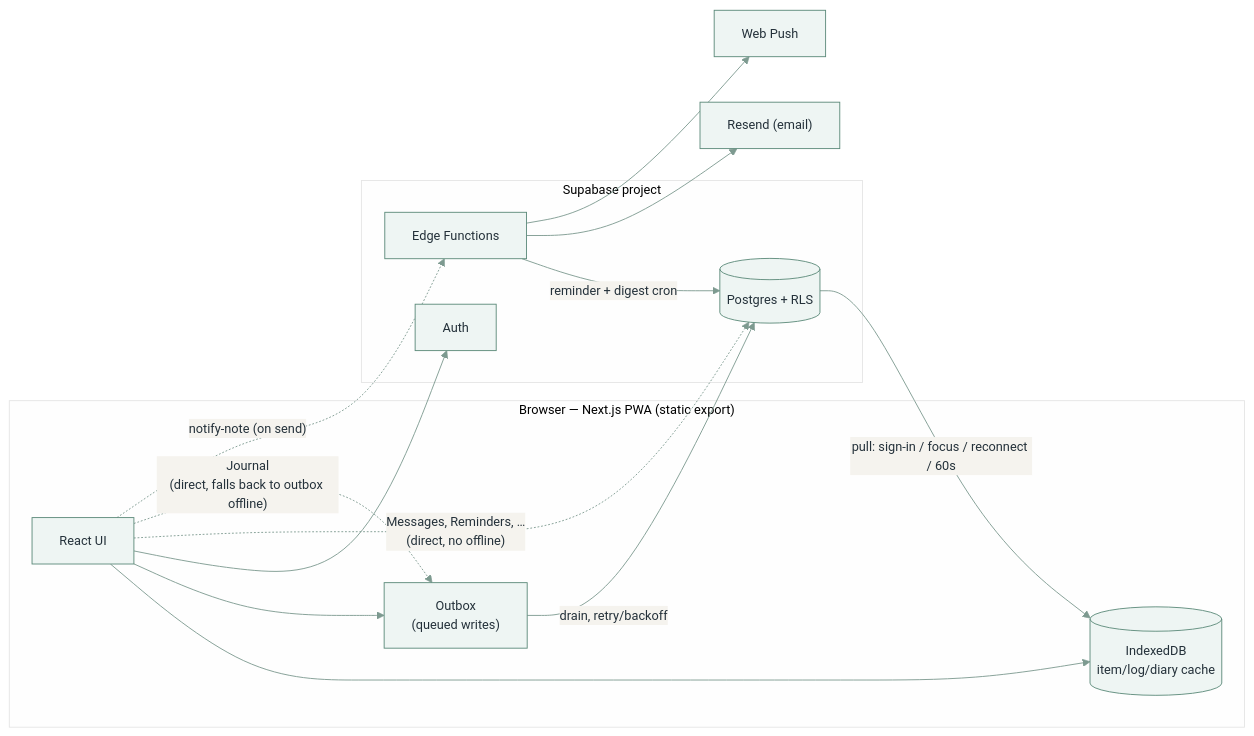
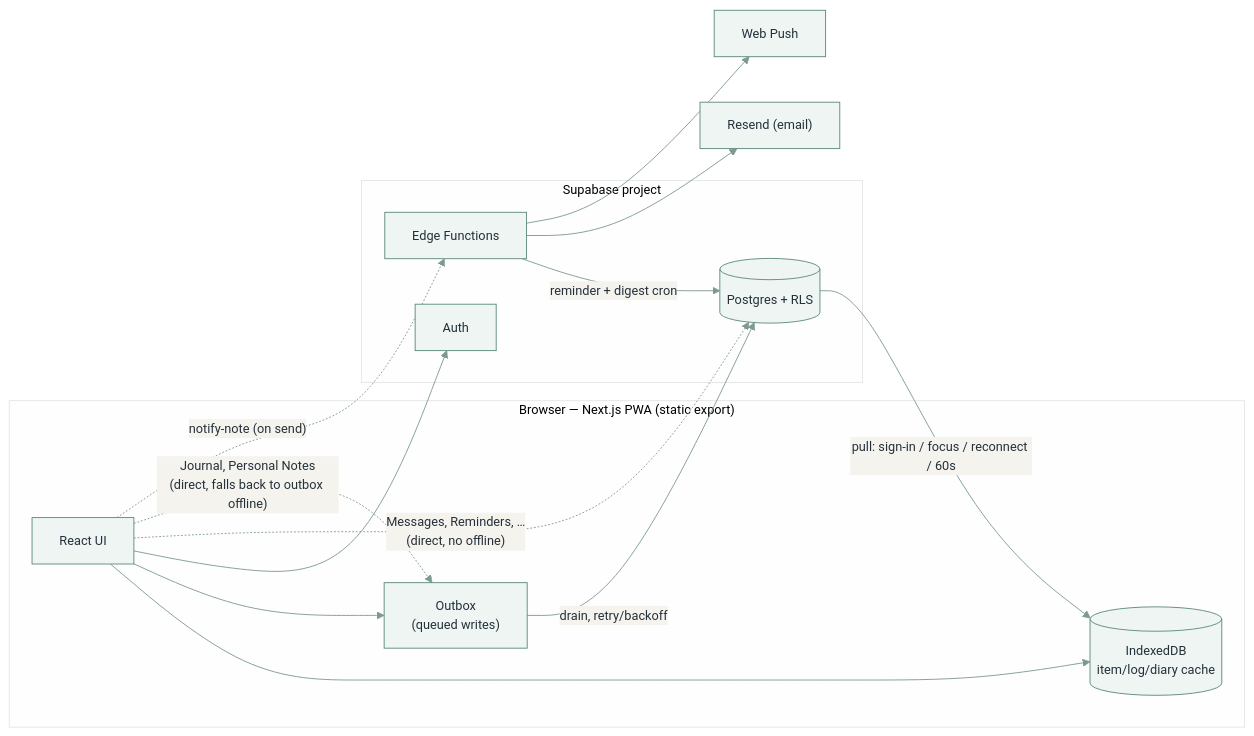
One commit to xxvazquez/health-management changed the diagram in README.md. Above: the diagram before and after it, drawn with Mermaid. The commit also changed other lines of this file and 3 other files, not shown here.

First line of the commit message:
Give Personal Notes the same offline fallback as Journal

````diff
--- a/README.md
+++ b/README.md
@@ -103,29 +103,29 @@
 ```mermaid
 %%{init: {"theme": "base", "themeVariables": {
   "primaryColor": "#eef5f3", "primaryBorderColor": "#5c8a7a",
   "primaryTextColor": "#24313a", "lineColor": "#7d9a90",
   "fontFamily": "Inter, -apple-system, sans-serif", "fontSize": "14px"
 }}}%%
 flowchart LR
     subgraph browser["Browser — Next.js PWA (static export)"]
         ui["React UI"]
         idb[("IndexedDB<br/>item/log/diary cache")]
         outbox["Outbox<br/>(queued writes)"]
         ui --> idb
         ui --> outbox
     end
     subgraph supa["Supabase project"]
         pg[("Postgres + RLS")]
         auth["Auth"]
         ef["Edge Functions"]
     end
     outbox -->|"drain, retry/backoff"| pg
     pg -->|"pull: sign-in / focus / reconnect / 60s"| idb
     ui --> auth
     ui -.->|"Messages, Reminders, …<br/>(direct, no offline)"| pg
-    ui -.->|"Journal<br/>(direct, falls back to outbox offline)"| outbox
+    ui -.->|"Journal, Personal Notes<br/>(direct, falls back to outbox offline)"| outbox
     ui -.->|"notify-note (on send)"| ef
     ef -->|"reminder + digest cron"| pg
     ef --> resend["Resend (email)"]
     ef --> push["Web Push"]
 ```
````
